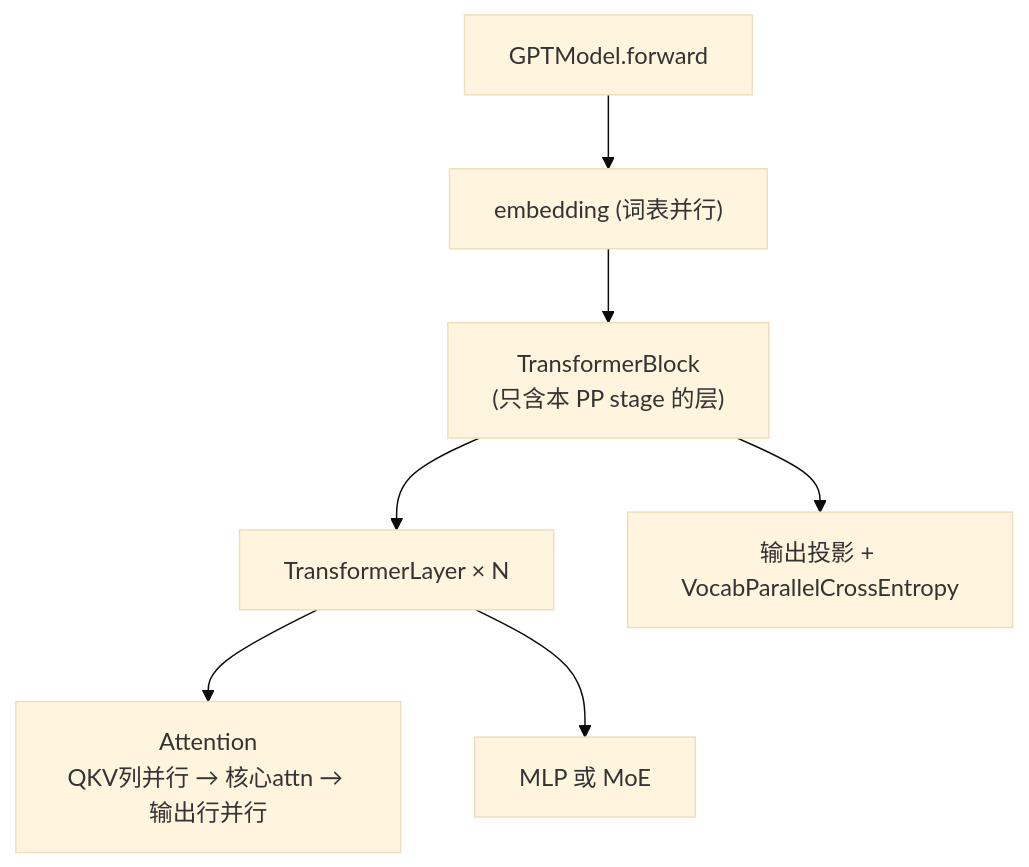
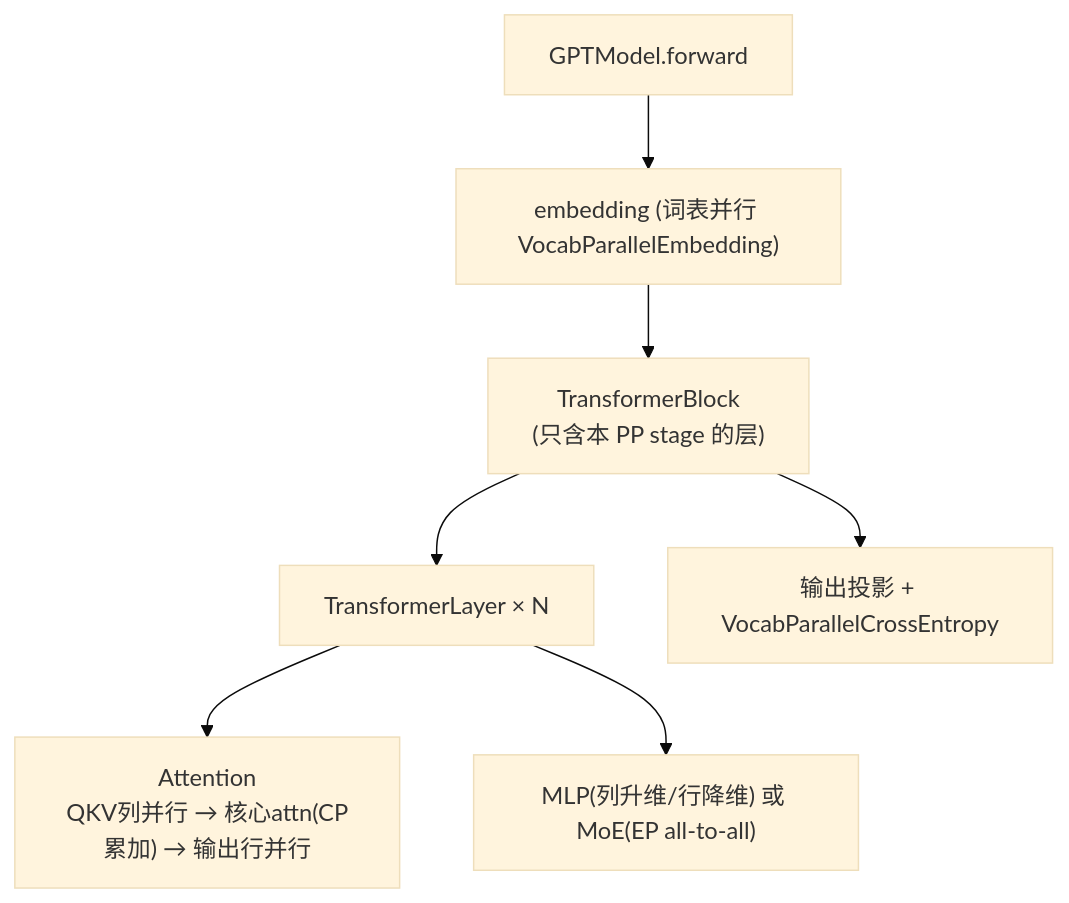
Before and after one commit to LICHENG1151/Megatron-LM-docs: the fifth of 6 diagrams in 03-Transformer与模型子系统.md, drawn with Mermaid (base theme). The commit also changed other lines of this file, not shown here.

First line of the commit message:
docs(transformer): explain how model structure wires into parallel logic

````diff
--- a/03-Transformer与模型子系统.md
+++ b/03-Transformer与模型子系统.md
@@ -182,9 +208,9 @@
 ```mermaid
 flowchart TD
-    GPT["GPTModel.forward"] --> EMB["embedding (词表并行)"]
+    GPT["GPTModel.forward"] --> EMB["embedding (词表并行 VocabParallelEmbedding)"]
     EMB --> BLK["TransformerBlock<br/>(只含本 PP stage 的层)"]
     BLK --> LAYER["TransformerLayer × N"]
-    LAYER --> ATTN["Attention<br/>QKV列并行 → 核心attn → 输出行并行"]
-    LAYER --> FFN["MLP 或 MoE"]
+    LAYER --> ATTN["Attention<br/>QKV列并行 → 核心attn(CP累加) → 输出行并行"]
+    LAYER --> FFN["MLP(列升维/行降维) 或 MoE(EP all-to-all)"]
     BLK --> HEAD["输出投影 + VocabParallelCrossEntropy"]
 ```
````
